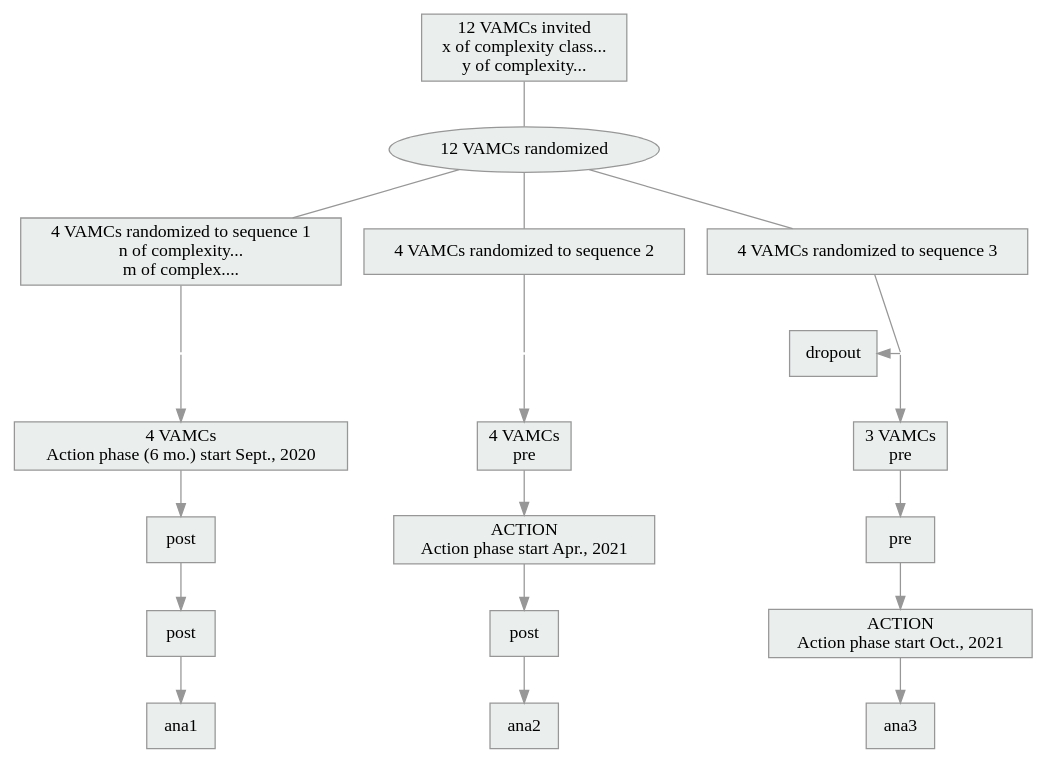
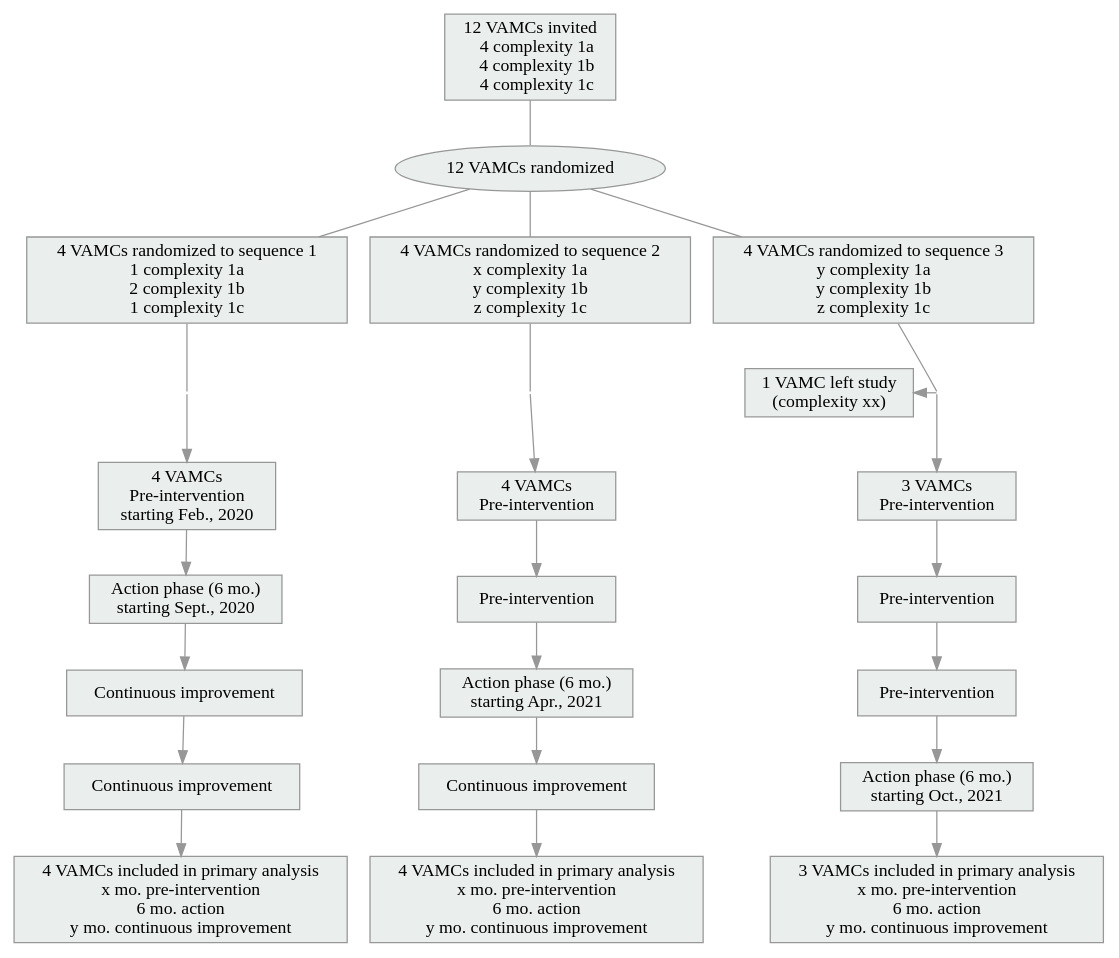
Before and after one commit to zimolzak/instruct-project-etrigger-sql: the diagram in advanced/consort-like.dot, drawn with Graphviz.

Commit message:
lot more filling in blanks, structure nearly final

```diff
--- a/advanced/consort-like.dot
+++ b/advanced/consort-like.dot
@@ -1,82 +1,98 @@
 digraph  {
 
 node [style=filled, fillcolor="#EAEEED", fontname="Trebuchet MS", color="#979797", shape=rectangle]
 edge [color="#979797"]
 
 
 
 
 # Top nodes
 
-root [shape=rectangle, label="12 VAMCs invited\nx of complexity class...\ny of complexity...", style=filled, fillcolor="#EAEEED"];
+root [label="12 VAMCs invited\n    4 complexity 1a\n    4 complexity 1b\n    4 complexity 1c",
+     style=filled, fillcolor="#EAEEED"];
 
 randomize [label="12 VAMCs randomized", shape=ellipse];
 
-c1 [shape=rectangle, label="4 VAMCs randomized to sequence 1\nn of complexity...\nm of complex...."];
-c2 [shape=rectangle, label="4 VAMCs randomized to sequence 2"];
-c3 [shape=rectangle, label="4 VAMCs randomized to sequence 3"];
+c1 [label="4 VAMCs randomized to sequence 1\n1 complexity 1a\n2 complexity 1b\n1 complexity 1c"]
+c2 [label="4 VAMCs randomized to sequence 2\nx complexity 1a\ny complexity 1b\nz complexity 1c"];
+c3 [label="4 VAMCs randomized to sequence 3\ny complexity 1a\ny complexity 1b\nz complexity 1c"];
 
 
 
 
 # Edges
 
 root -> randomize [arrowhead="none"];
 randomize -> c1 [arrowhead="none"];
 randomize -> c2 [arrowhead="none"];
 randomize -> c3 [arrowhead="none"];
 
 
 
 
 # Bottom nodes
 
-dropout [shape=rectangle];  # Order matters!
+dropout [label="1 VAMC left study\n(complexity xx)"];  # Order matters!
+
+# Invisible point nodes
 
 n1 [fixedsize = true,
 			height = 0,
 			shape = point,
 			style = invis,
 			shape = point];
 n2 [fixedsize = true,
 			height = 0,
 			shape = point,
 			style = invis,
 			shape = point];
 n3 [fixedsize = true,
 			height = 0,
 			shape = point,
 			style = invis,
 			shape = point];
 
-a1 [shape=rectangle, label="4 VAMCs\nAction phase (6 mo.) start Sept., 2020"];
-a2 [shape=rectangle, label="4 VAMCs\npre"];
-a3 [shape=rectangle, label="3 VAMCs\npre"];
 
-apr1 [label="post"]
-apr2 [label="ACTION\nAction phase start Apr., 2021"]
-apr3 [label="pre"]
 
-oct1 [label="post"]
-oct2 [label="post"]
-oct3 [label="ACTION\nAction phase start Oct., 2021"]
+
+# Main nodes
+
+pre1 [label="4 VAMCs\nPre-intervention\nstarting Feb., 2020"]
+pre2 [label="4 VAMCs\nPre-intervention"]
+pre3 [label="3 VAMCs\nPre-intervention"]
+
+a1 [label="Action phase (6 mo.)\nstarting Sept., 2020"];
+a2 [label="Pre-intervention"];
+a3 [label="Pre-intervention"]
+
+apr1 [label="Continuous improvement"]
+apr2 [label="Action phase (6 mo.)\nstarting Apr., 2021"]
+apr3 [label="Pre-intervention"]
+
+oct1 [label="Continuous improvement"]
+oct2 [label="Continuous improvement"]
+oct3 [label="Action phase (6 mo.)\nstarting Oct., 2021"]
+
+ana1 [label="4 VAMCs included in primary analysis\nx mo. pre-intervention\n6 mo. action\ny mo. continuous improvement"]
+ana2 [label="4 VAMCs included in primary analysis\nx mo. pre-intervention\n6 mo. action\ny mo. continuous improvement"]
+ana3 [label="3 VAMCs included in primary analysis\nx mo. pre-intervention\n6 mo. action\ny mo. continuous improvement"]
 
 
 
 # Bottom Edges
 
 c1 -> n1 [arrowhead = "none"];
 c2 -> n2 [arrowhead = "none"];
 c3 -> n3 [arrowhead = "none"];
 
-n1 -> a1 -> apr1 -> oct1 -> ana1;
-n2 -> a2 -> apr2 -> oct2 -> ana2;
-n3 -> a3 -> apr3 -> oct3 -> ana3;
+n1 -> pre1 -> a1 -> apr1 -> oct1 -> ana1;
+n2 -> pre2 -> a2 -> apr2 -> oct2 -> ana2;
+n3 -> pre3 -> a3 -> apr3 -> oct3 -> ana3;
 
 c3 -> dropout [style = invis];  # ad hoc
 n3 -> dropout [constraint = false];
 dropout -> a3 [style = invis, constraint = false];  # ad hoc
 
 # }
 
 }
```
